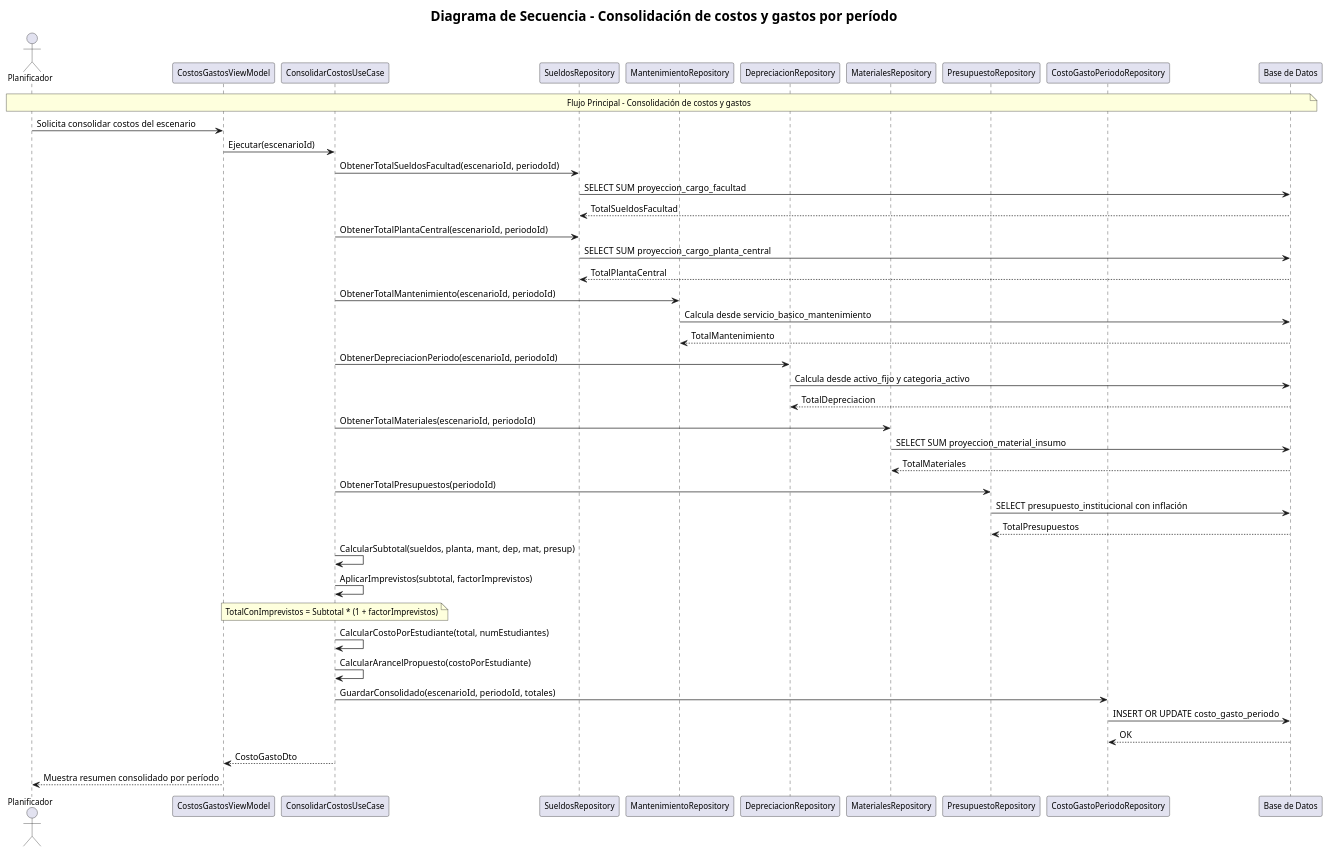
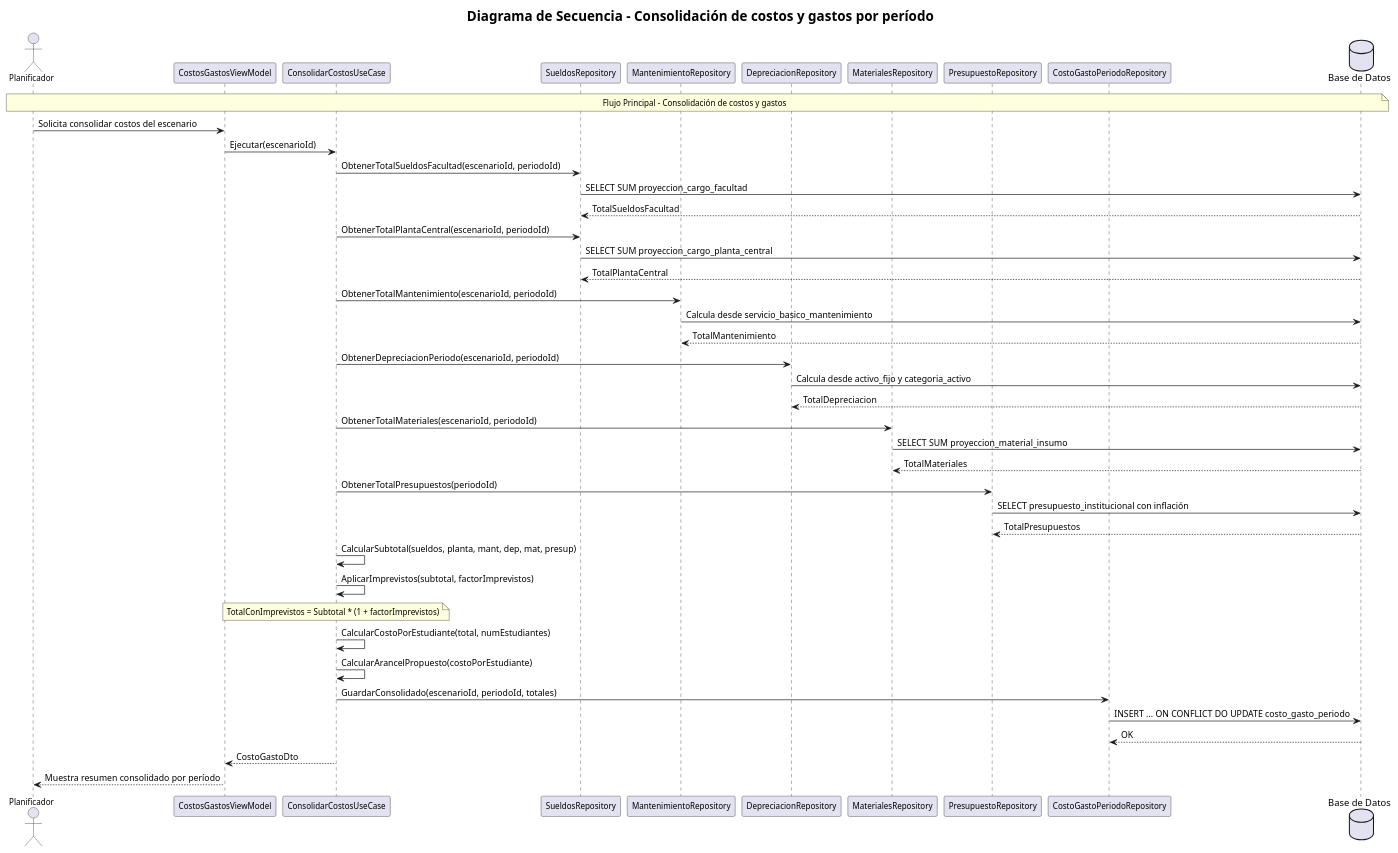
Before and after one commit to Miguels5847/SistemaAranceles: the diagram in src/Application/UseCases/Diagramas de Secuencia/Diagrama-Secuencia-8-Consolidación de costos y gastos por período.puml, drawn with PlantUML. The commit also changed 43 other files, not shown here.

Commit message:
Cambios y mejoras en Diagramas

```diff
--- a/src/Application/UseCases/Diagramas de Secuencia/Diagrama-Secuencia-8-Consolidación de costos y gastos por período.puml
+++ b/src/Application/UseCases/Diagramas de Secuencia/Diagrama-Secuencia-8-Consolidación de costos y gastos por período.puml
@@ -1,75 +1,75 @@
 @startuml
 title <b><size:20>Diagrama de Secuencia - Consolidación de costos y gastos por período</size></b>
 
 skinparam participant {
     FontSize 12
     FontStyle normal
 }
 skinparam actor {
     FontSize 12
     FontStyle normal
 }
 skinparam note {
     FontSize 12
 }
 
 actor "Planificador"
 participant "CostosGastosViewModel"
 participant "ConsolidarCostosUseCase"
 participant "SueldosRepository"
 participant "MantenimientoRepository"
 participant "DepreciacionRepository"
 participant "MaterialesRepository"
 participant "PresupuestoRepository"
 participant "CostoGastoPeriodoRepository"
-participant "Base de Datos"
+database "Base de Datos" as db
 
-note over "Planificador","Base de Datos"
+note over "Planificador","db"
 Flujo Principal - Consolidación de costos y gastos
 end note
 
 "Planificador" -> "CostosGastosViewModel": Solicita consolidar costos del escenario
 "CostosGastosViewModel" -> "ConsolidarCostosUseCase": Ejecutar(escenarioId)
 
 "ConsolidarCostosUseCase" -> "SueldosRepository": ObtenerTotalSueldosFacultad(escenarioId, periodoId)
-"SueldosRepository" -> "Base de Datos": SELECT SUM proyeccion_cargo_facultad
-"Base de Datos" --> "SueldosRepository": TotalSueldosFacultad
+"SueldosRepository" -> "db": SELECT SUM proyeccion_cargo_facultad
+"db" --> "SueldosRepository": TotalSueldosFacultad
 
 "ConsolidarCostosUseCase" -> "SueldosRepository": ObtenerTotalPlantaCentral(escenarioId, periodoId)
-"SueldosRepository" -> "Base de Datos": SELECT SUM proyeccion_cargo_planta_central
-"Base de Datos" --> "SueldosRepository": TotalPlantaCentral
+"SueldosRepository" -> "db": SELECT SUM proyeccion_cargo_planta_central
+"db" --> "SueldosRepository": TotalPlantaCentral
 
 "ConsolidarCostosUseCase" -> "MantenimientoRepository": ObtenerTotalMantenimiento(escenarioId, periodoId)
-"MantenimientoRepository" -> "Base de Datos": Calcula desde servicio_basico_mantenimiento
-"Base de Datos" --> "MantenimientoRepository": TotalMantenimiento
+"MantenimientoRepository" -> "db": Calcula desde servicio_basico_mantenimiento
+"db" --> "MantenimientoRepository": TotalMantenimiento
 
 "ConsolidarCostosUseCase" -> "DepreciacionRepository": ObtenerDepreciacionPeriodo(escenarioId, periodoId)
-"DepreciacionRepository" -> "Base de Datos": Calcula desde activo_fijo y categoria_activo
-"Base de Datos" --> "DepreciacionRepository": TotalDepreciacion
+"DepreciacionRepository" -> "db": Calcula desde activo_fijo y categoria_activo
+"db" --> "DepreciacionRepository": TotalDepreciacion
 
 "ConsolidarCostosUseCase" -> "MaterialesRepository": ObtenerTotalMateriales(escenarioId, periodoId)
-"MaterialesRepository" -> "Base de Datos": SELECT SUM proyeccion_material_insumo
-"Base de Datos" --> "MaterialesRepository": TotalMateriales
+"MaterialesRepository" -> "db": SELECT SUM proyeccion_material_insumo
+"db" --> "MaterialesRepository": TotalMateriales
 
 "ConsolidarCostosUseCase" -> "PresupuestoRepository": ObtenerTotalPresupuestos(periodoId)
-"PresupuestoRepository" -> "Base de Datos": SELECT presupuesto_institucional con inflación
-"Base de Datos" --> "PresupuestoRepository": TotalPresupuestos
+"PresupuestoRepository" -> "db": SELECT presupuesto_institucional con inflación
+"db" --> "PresupuestoRepository": TotalPresupuestos
 
 "ConsolidarCostosUseCase" -> "ConsolidarCostosUseCase": CalcularSubtotal(sueldos, planta, mant, dep, mat, presup)
 "ConsolidarCostosUseCase" -> "ConsolidarCostosUseCase": AplicarImprevistos(subtotal, factorImprevistos)
 
 note over "ConsolidarCostosUseCase"
 TotalConImprevistos = Subtotal * (1 + factorImprevistos)
 end note
 
 "ConsolidarCostosUseCase" -> "ConsolidarCostosUseCase": CalcularCostoPorEstudiante(total, numEstudiantes)
 "ConsolidarCostosUseCase" -> "ConsolidarCostosUseCase": CalcularArancelPropuesto(costoPorEstudiante)
 
 "ConsolidarCostosUseCase" -> "CostoGastoPeriodoRepository": GuardarConsolidado(escenarioId, periodoId, totales)
-"CostoGastoPeriodoRepository" -> "Base de Datos": INSERT OR UPDATE costo_gasto_periodo
-"Base de Datos" --> "CostoGastoPeriodoRepository": OK
+"CostoGastoPeriodoRepository" -> "db": INSERT ... ON CONFLICT DO UPDATE costo_gasto_periodo
+"db" --> "CostoGastoPeriodoRepository": OK
 
 "ConsolidarCostosUseCase" --> "CostosGastosViewModel": CostoGastoDto
 "CostosGastosViewModel" --> "Planificador": Muestra resumen consolidado por período
 
 @enduml
```
